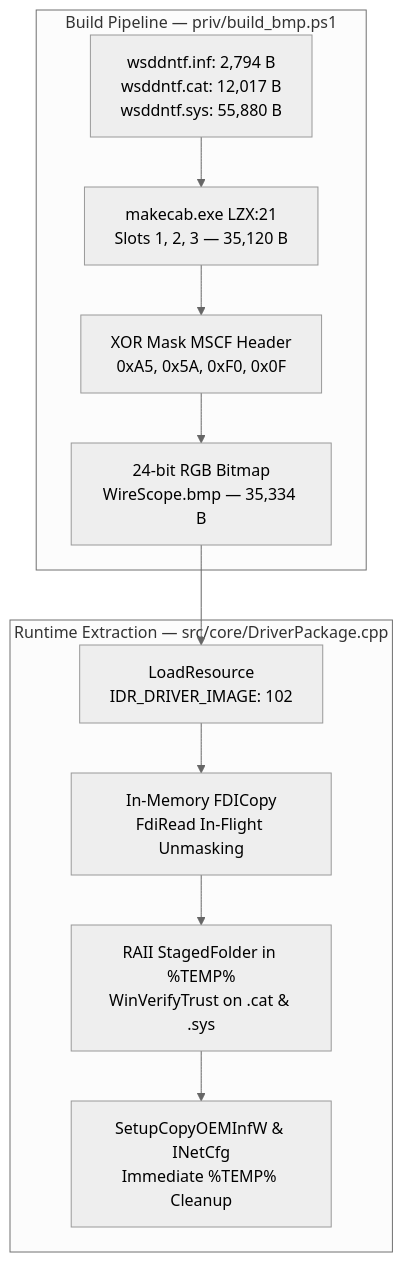
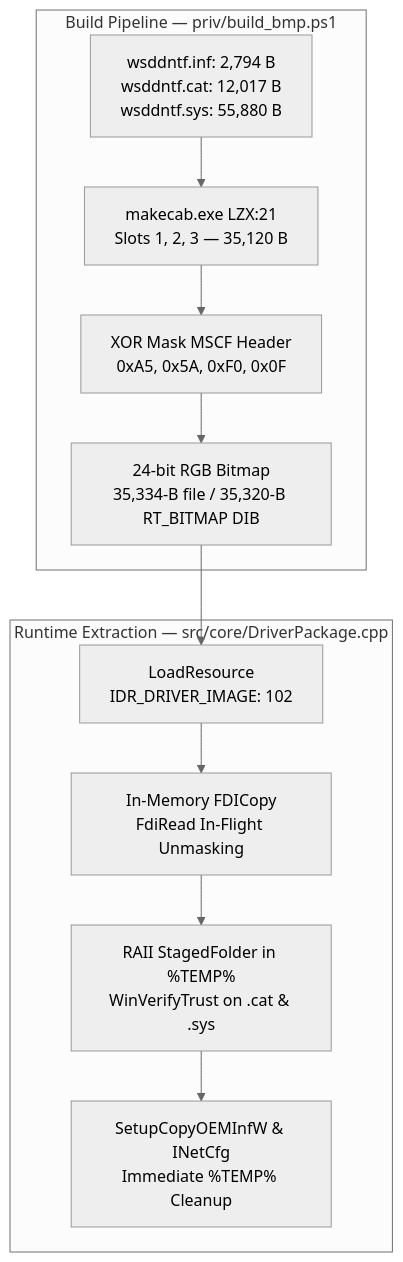
Before and after one commit to wesmar/WireScope: the third of 4 diagrams in README.md, drawn with Mermaid (neutral theme). The commit also changed other lines of this file and 4 other files, not shown here.

First line of the commit message:
Store WireScope driver package as native RT_BITMAP

````diff
--- a/README.md
+++ b/README.md
@@ -224,20 +224,20 @@
 ```mermaid
 flowchart TD
     subgraph Build["Build Pipeline — priv/build_bmp.ps1"]
         RAW["wsddntf.inf: 2,794 B<br/>wsddntf.cat: 12,017 B<br/>wsddntf.sys: 55,880 B"]
         CAB["makecab.exe LZX:21<br/>Slots 1, 2, 3 — 35,120 B"]
         MASK["XOR Mask MSCF Header<br/>0xA5, 0x5A, 0xF0, 0x0F"]
-        BMP["24-bit RGB Bitmap<br/>WireScope.bmp — 35,334 B"]
+        BMP["24-bit RGB Bitmap<br/>35,334-B file / 35,320-B RT_BITMAP DIB"]
         RAW --> CAB --> MASK --> BMP
     end
 
     subgraph Runtime["Runtime Extraction — src/core/DriverPackage.cpp"]
         RES["LoadResource<br/>IDR_DRIVER_IMAGE: 102"]
         FDI["In-Memory FDICopy<br/>FdiRead In-Flight Unmasking"]
         STAGE["RAII StagedFolder in %TEMP%<br/>WinVerifyTrust on .cat & .sys"]
         INSTALL["SetupCopyOEMInfW & INetCfg<br/>Immediate %TEMP% Cleanup"]
         RES --> FDI --> STAGE --> INSTALL
     end
 
     BMP --> RES
 ```
````
